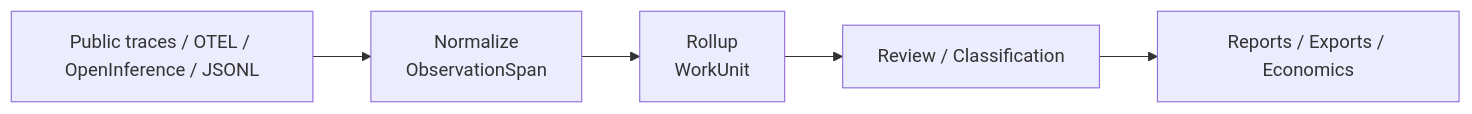
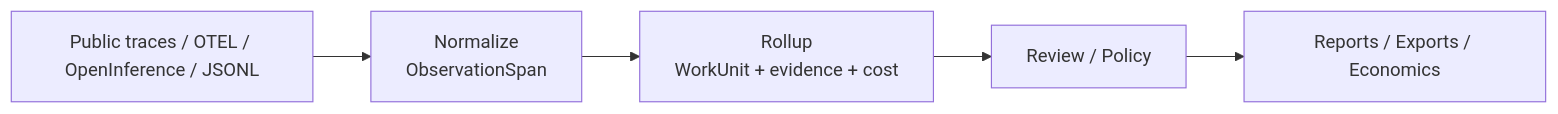
One commit to couscous18/workledger changed the diagram in docs/how-it-works.md. Above: the diagram before and after it, drawn with Mermaid. The commit also changed other lines of this file and 8 other files, not shown here.

````diff
--- a/docs/how-it-works.md
+++ b/docs/how-it-works.md
@@ -5,7 +5,7 @@
 ```mermaid
 flowchart LR
   A["Public traces / OTEL / OpenInference / JSONL"] --> B["Normalize<br/>ObservationSpan"]
-  B --> C["Rollup<br/>WorkUnit"]
-  C --> D["Review / Classification"]
+  B --> C["Rollup<br/>WorkUnit + evidence + cost"]
+  C --> D["Review / Policy"]
   D --> E["Reports / Exports / Economics"]
 ```
````
